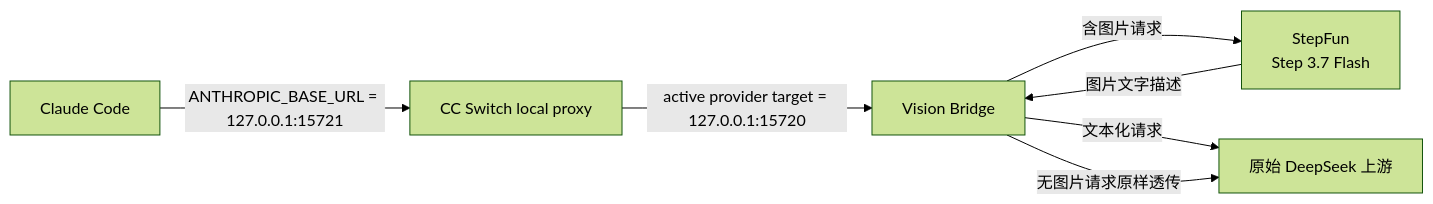
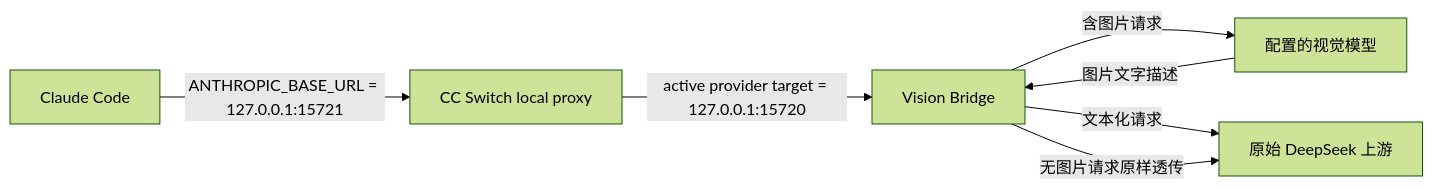
The diagram in README.md (R-R6/claude-deepseek-vision-bridge), drawn with Mermaid (forest theme) before and after one commit. The commit also changed other lines of this file and 6 other files, not shown here.

````diff
--- a/README.md
+++ b/README.md
@@ -32,9 +33,9 @@
 ```mermaid
 flowchart LR
     CC["Claude Code"] -->|"ANTHROPIC_BASE_URL = 127.0.0.1:15721"| S["CC Switch local proxy"]
     S -->|"active provider target = 127.0.0.1:15720"| B["Vision Bridge"]
-    B -->|"含图片请求"| V["StepFun<br/>Step 3.7 Flash"]
+    B -->|"含图片请求"| V["配置的视觉模型"]
     V -->|"图片文字描述"| B
     B -->|"文本化请求"| D["原始 DeepSeek 上游"]
     B -->|"无图片请求原样透传"| D
 ```
````
